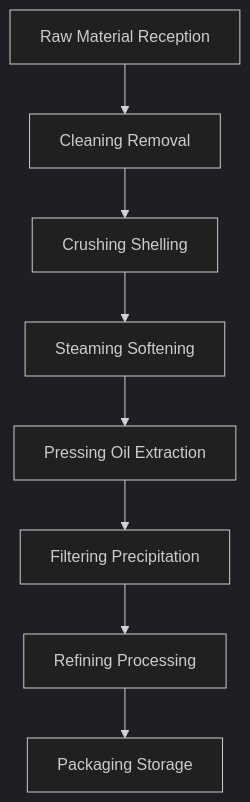
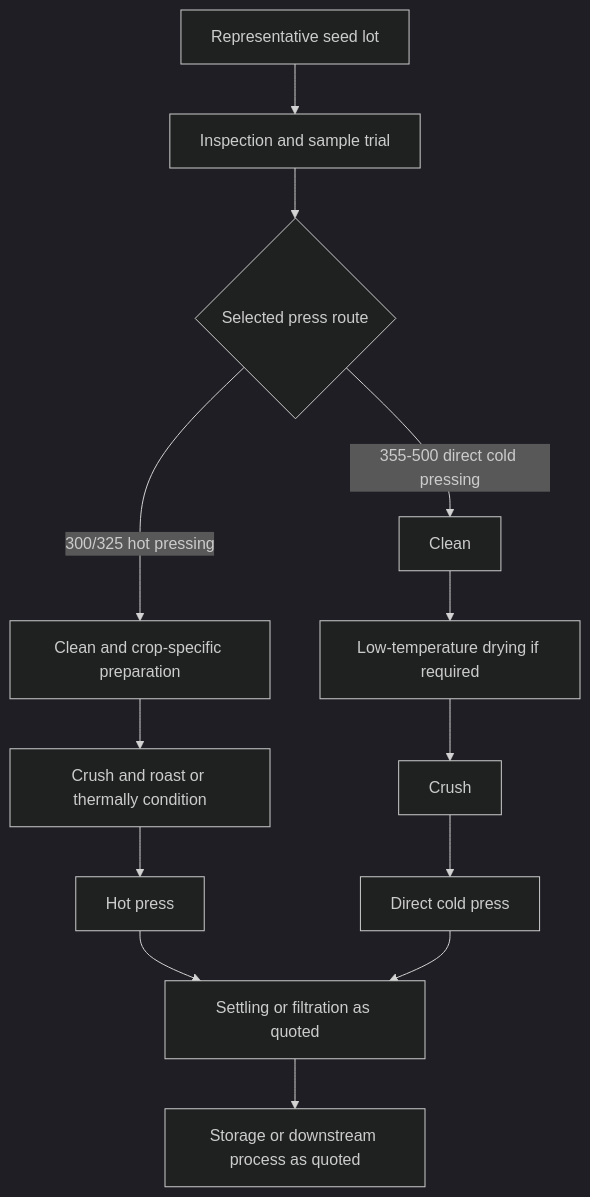
One commit to roryshanshan/oilpress-website changed the diagram in docs/en/solutions/seed-oils.md. Above: the diagram before and after it, drawn with Mermaid (dark theme). The commit also changed other lines of this file and 1420 other files, not shown here.

````diff
--- a/docs/en/solutions/seed-oils.md
+++ b/docs/en/solutions/seed-oils.md
@@ -102,10 +32,15 @@
 ```mermaid
-graph TD
-    A[Raw Material Reception] --> B[Cleaning Removal]
-    B --> C[Crushing Shelling]
-    C --> D[Steaming Softening]
-    D --> E[Pressing Oil Extraction]
-    E --> F[Filtering Precipitation]
-    F --> G[Refining Processing]
-    G --> H[Packaging Storage]
+flowchart TD
+    A[Representative seed lot] --> B[Inspection and sample trial]
+    B --> C{Selected press route}
+    C -->|300/325 hot pressing| D[Clean and crop-specific preparation]
+    D --> E[Crush and roast or thermally condition]
+    E --> F[Hot press]
+    C -->|355-500 direct cold pressing| G[Clean]
+    G --> H[Low-temperature drying if required]
+    H --> I[Crush]
+    I --> J[Direct cold press]
+    F --> K[Settling or filtration as quoted]
+    J --> K
+    K --> L[Storage or downstream process as quoted]
 ```
````
